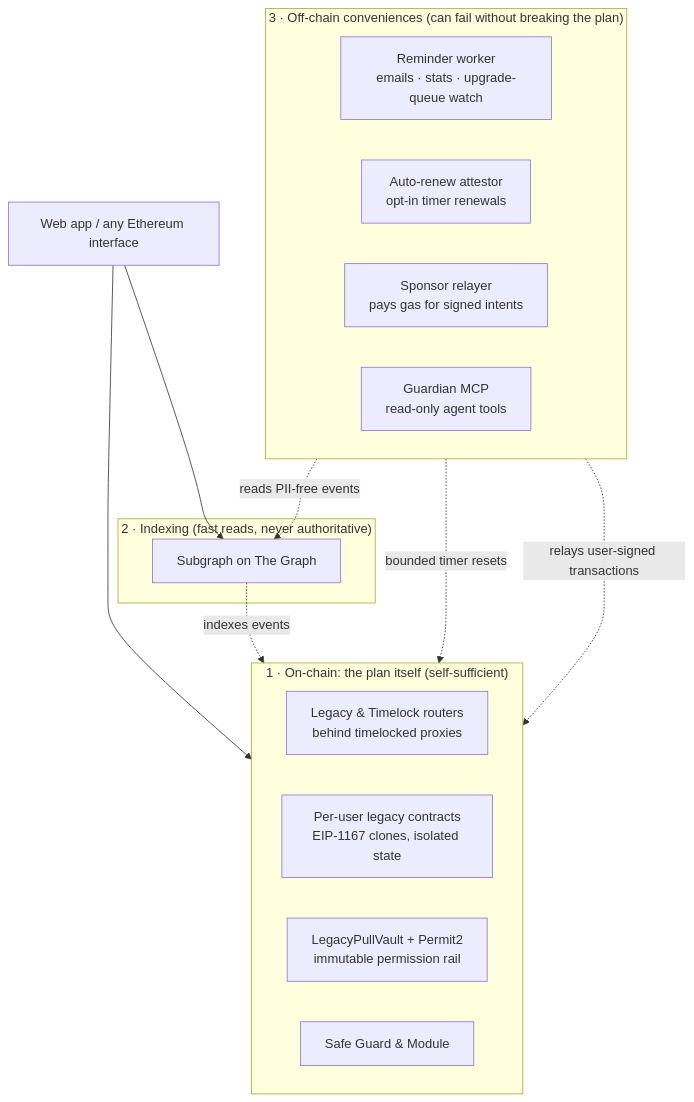
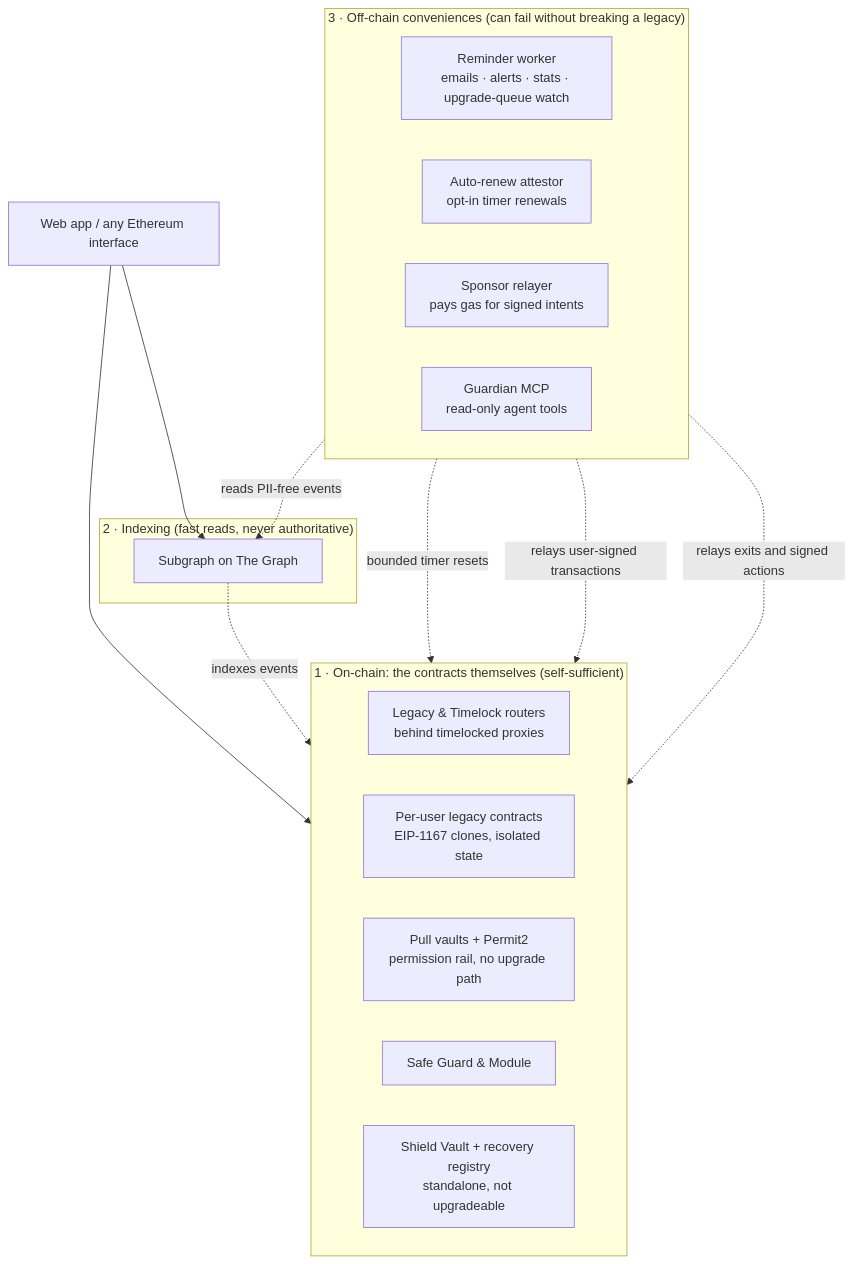
The diagram in architecture/README.md (10102-io/computing-docs), drawn with Mermaid before and after one commit. The commit also changed other lines of this file and 48 other files, not shown here.

````diff
--- a/architecture/README.md
+++ b/architecture/README.md
@@ -11,26 +11,28 @@
 ```mermaid
 flowchart TB
-    subgraph OFF["3 · Off-chain conveniences (can fail without breaking the plan)"]
+    subgraph OFF["3 · Off-chain conveniences (can fail without breaking a legacy)"]
         direction LR
-        W["Reminder worker<br/>emails · stats · upgrade-queue watch"]
+        W["Reminder worker<br/>emails · alerts · stats · upgrade-queue watch"]
         AT["Auto-renew attestor<br/>opt-in timer renewals"]
         RL["Sponsor relayer<br/>pays gas for signed intents"]
         MCP["Guardian MCP<br/>read-only agent tools"]
     end
     subgraph IDX["2 · Indexing (fast reads, never authoritative)"]
         G["Subgraph on The Graph"]
     end
-    subgraph CHAIN["1 · On-chain: the plan itself (self-sufficient)"]
+    subgraph CHAIN["1 · On-chain: the contracts themselves (self-sufficient)"]
         direction LR
         R["Legacy & Timelock routers<br/>behind timelocked proxies"]
         L["Per-user legacy contracts<br/>EIP-1167 clones, isolated state"]
-        V["LegacyPullVault + Permit2<br/>immutable permission rail"]
+        V["Pull vaults + Permit2<br/>permission rail, no upgrade path"]
         S["Safe Guard & Module"]
+        SV["Shield Vault + recovery registry<br/>standalone, not upgradeable"]
     end
     UI["Web app / any Ethereum interface"] --> G
     UI --> CHAIN
     G -. indexes events .-> CHAIN
     W -. reads PII-free events .-> G
     AT -. bounded timer resets .-> R
     RL -. relays user-signed transactions .-> R
+    RL -. relays exits and signed actions .-> SV
 ```
````
